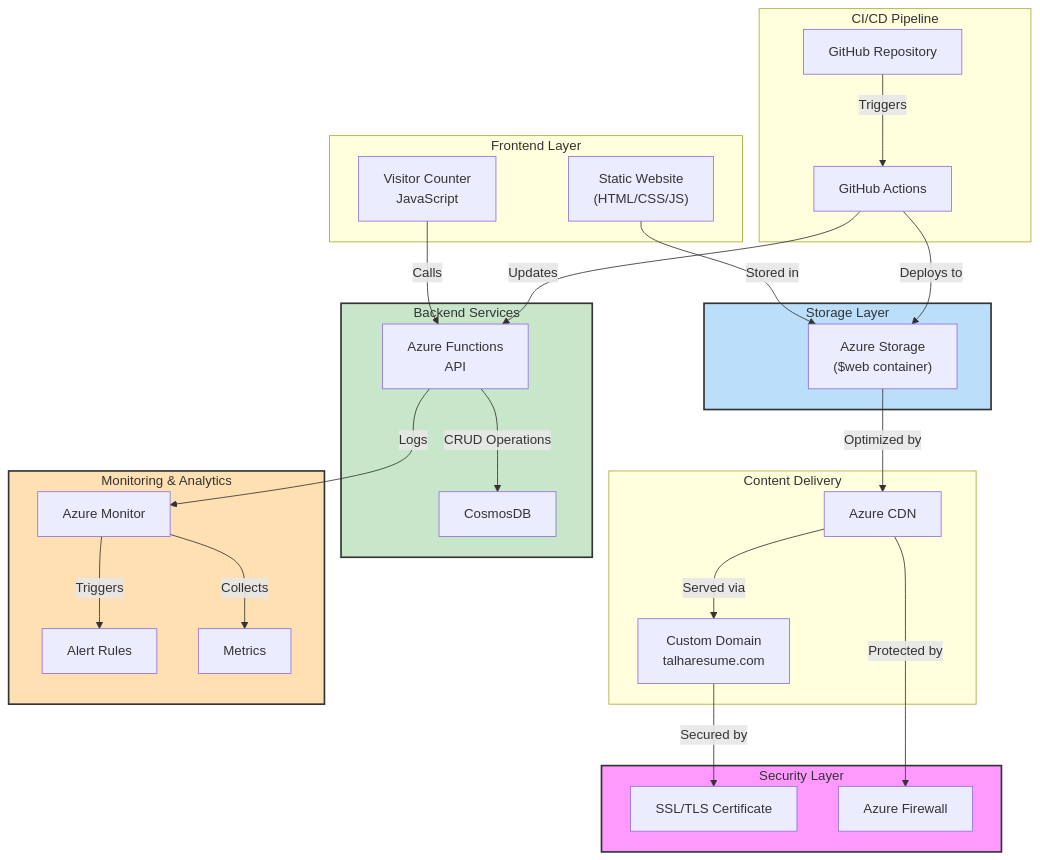
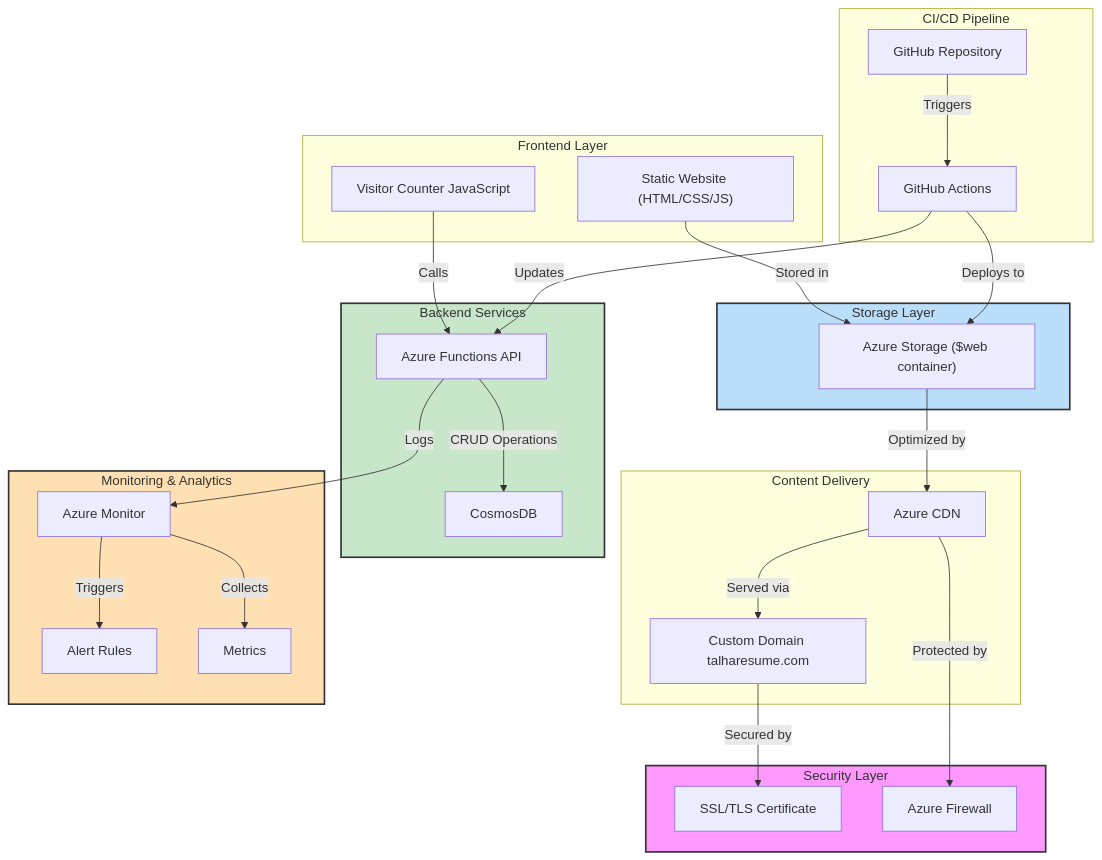
Before and after one commit to saddavi/Talha-CloudResumeChallenge: the second of 3 diagrams in README.md, drawn with Mermaid. The commit also changed other lines of this file, not shown here.

````diff
--- a/README.md
+++ b/README.md
@@ -111,61 +34,52 @@
 ```mermaid
 flowchart TD
     classDef securityLayer fill:#f9f,stroke:#333,stroke-width:2px
     classDef storageLayer fill:#bbdefb,stroke:#333,stroke-width:2px
     classDef apiLayer fill:#c8e6c9,stroke:#333,stroke-width:2px
     classDef monitoringLayer fill:#ffe0b2,stroke:#333,stroke-width:2px
-
     subgraph Security["Security Layer"]
         SSL["SSL/TLS Certificate"]
         FW["Azure Firewall"]
     end
-
     subgraph Frontend["Frontend Layer"]
-        UI["Static Website\n(HTML/CSS/JS)"]
-        VC["Visitor Counter\nJavaScript"]
+        UI["Static Website (HTML/CSS/JS)"]
+        VC["Visitor Counter JavaScript"]
     end
-
     subgraph Delivery["Content Delivery"]
         CDN["Azure CDN"]
-        DNS["Custom Domain\ntalharesume.com"]
+        DNS["Custom Domain talharesume.com"]
     end
-
     subgraph Storage["Storage Layer"]
-        AS["Azure Storage\n($web container)"]
+        AS["Azure Storage ($web container)"]
     end
-
     subgraph Backend["Backend Services"]
-        AF["Azure Functions\nAPI"]
+        AF["Azure Functions API"]
         DB["CosmosDB"]
     end
-
     subgraph Pipeline["CI/CD Pipeline"]
         GH["GitHub Repository"]
         GA["GitHub Actions"]
     end
-
     subgraph Monitoring["Monitoring & Analytics"]
         AM["Azure Monitor"]
         AL["Alert Rules"]
         MT["Metrics"]
     end
-
     UI -->|Stored in| AS
     AS -->|Optimized by| CDN
     CDN -->|Served via| DNS
     VC -->|Calls| AF
     DNS -->|Secured by| SSL
     CDN -->|Protected by| FW
     AF -->|CRUD Operations| DB
     AF -->|Logs| AM
     GH -->|Triggers| GA
     GA -->|Deploys to| AS
     GA -->|Updates| AF
     AM -->|Triggers| AL
     AM -->|Collects| MT
-
     class Security securityLayer
     class Storage storageLayer
     class Backend apiLayer
     class Monitoring monitoringLayer
 ```
````
